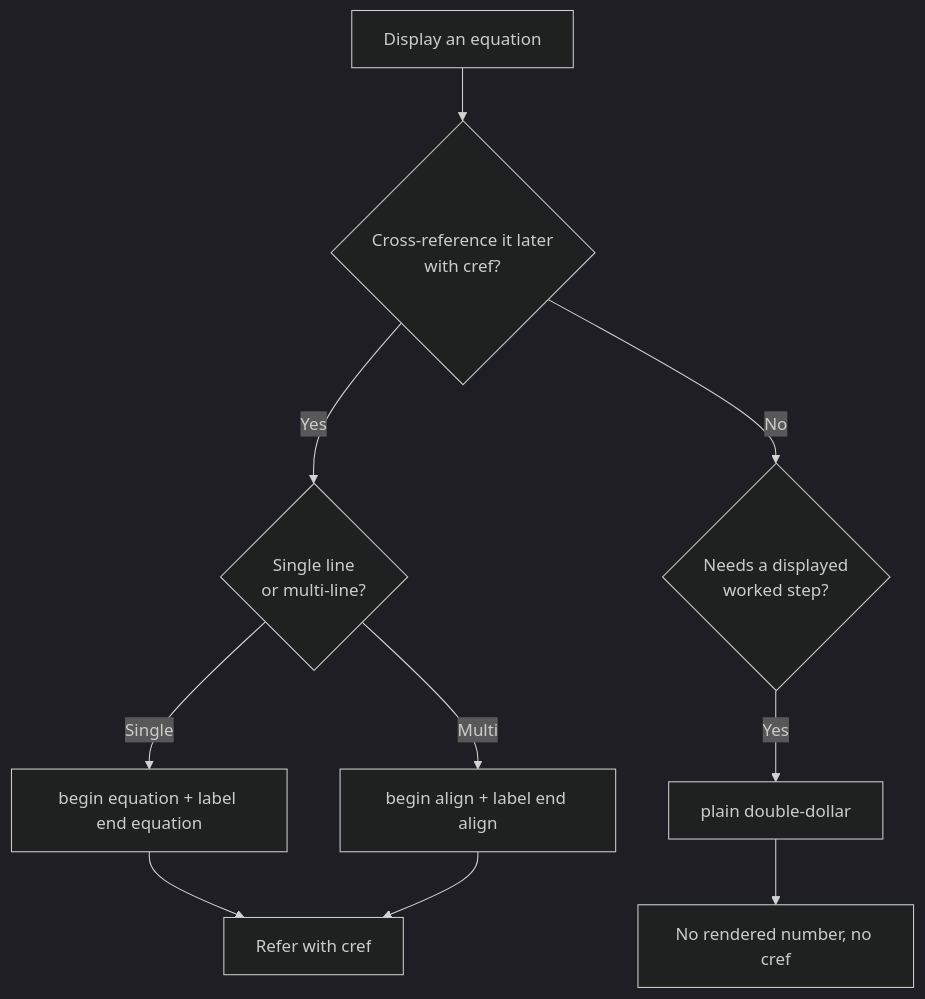
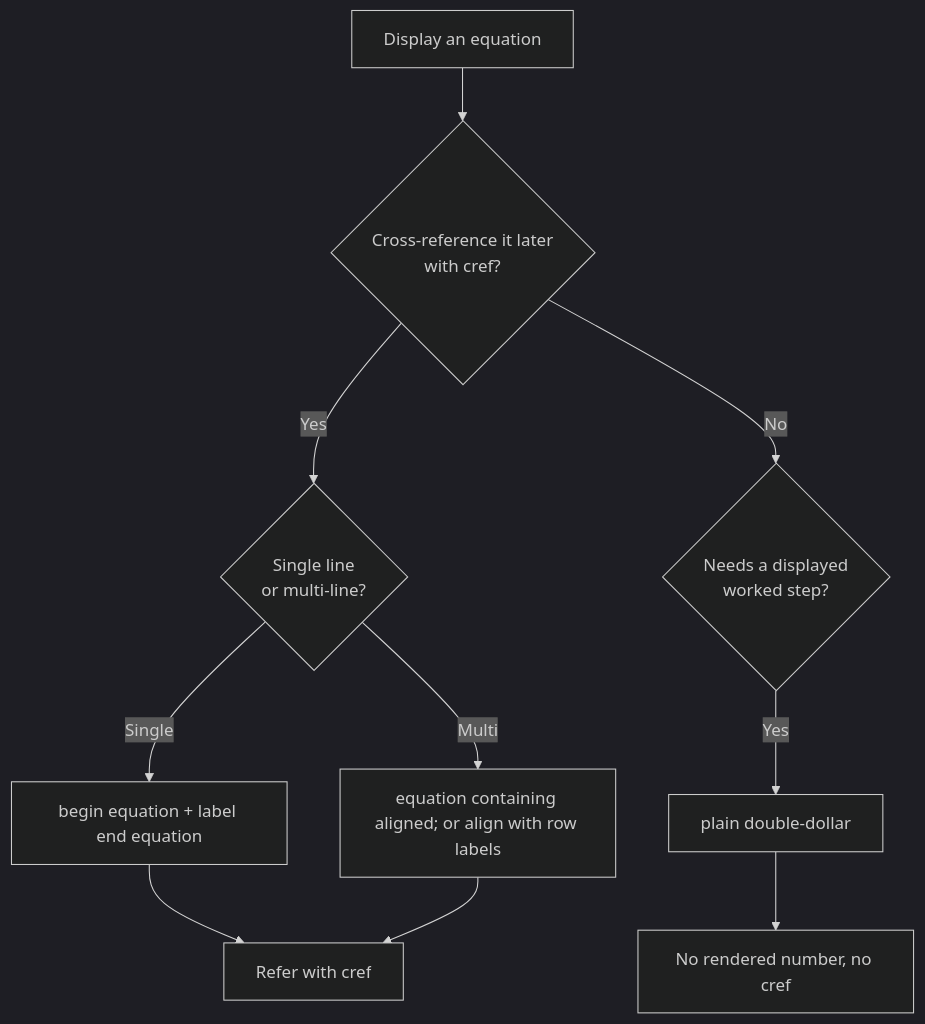
The diagram in docs/manuscript_guide.md (docxology/biology_textbook), drawn with Mermaid (dark theme) before and after one commit. The commit also changed other lines of this file and 152 other files, not shown here.

````diff
--- a/docs/manuscript_guide.md
+++ b/docs/manuscript_guide.md
@@ -111,12 +113,12 @@
 ```mermaid
 flowchart TD
   A[Display an equation] --> B{Cross-reference it later<br/>with cref?}
   B -- Yes --> C{Single line<br/>or multi-line?}
   B -- No --> D{Needs a displayed<br/>worked step?}
   C -- Single --> E[begin equation + label end equation]
-  C -- Multi --> F[begin align + label end align]
+  C -- Multi --> F[equation containing aligned; or align with row labels]
   D -- Yes --> G[plain double-dollar]
   E --> I[Refer with cref]
   F --> I
   G --> J[No rendered number, no cref]
 ```
````
